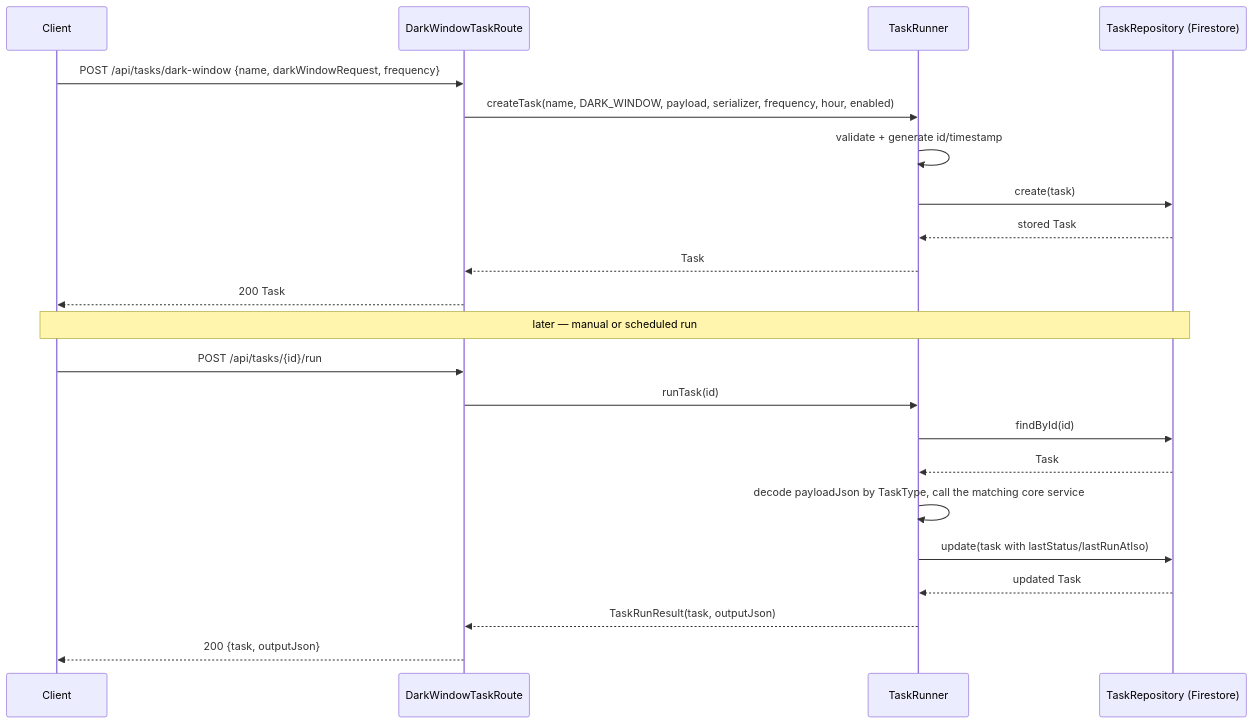
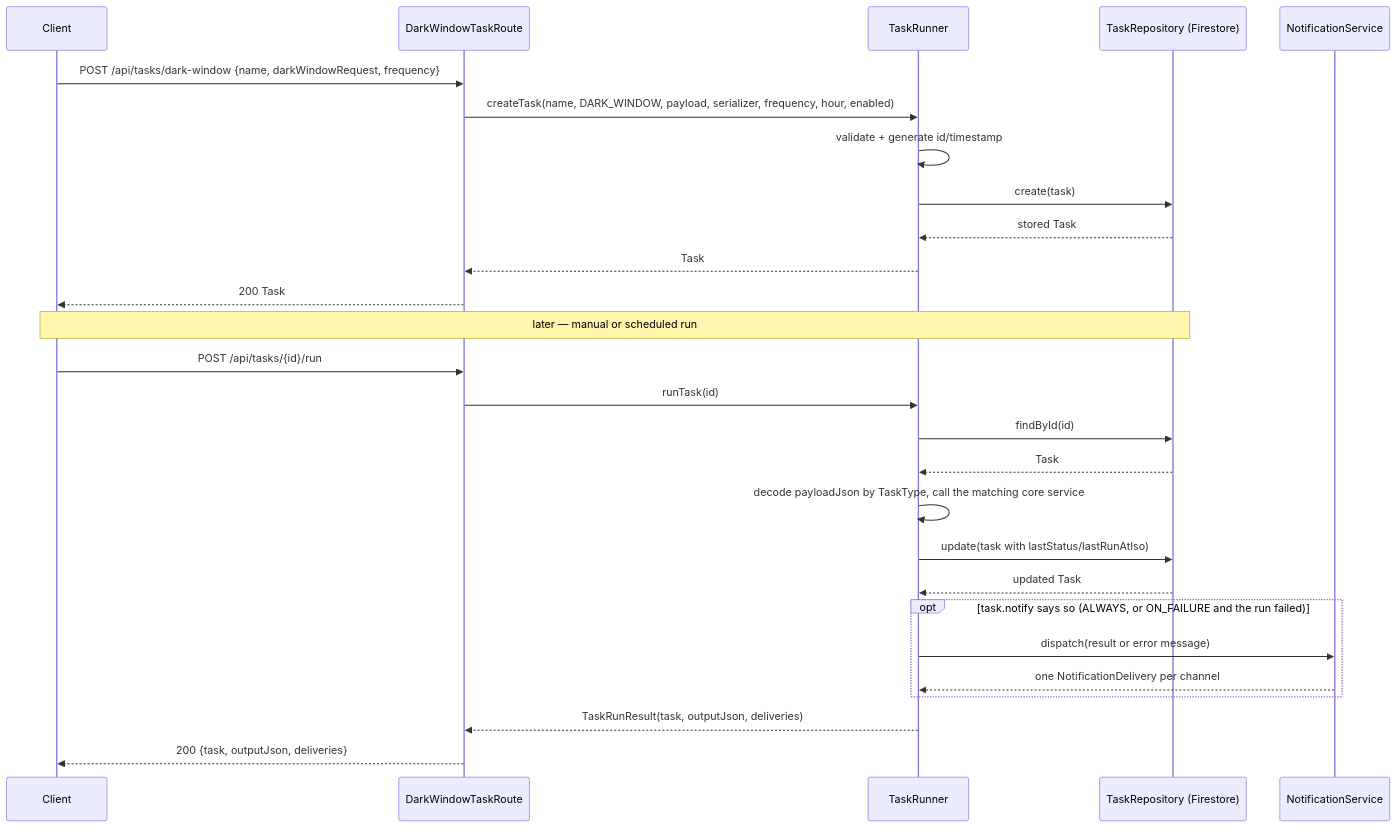
The third of 6 diagrams in docs/ARCHITECTURE.md (iOJ0230/astro-task-runner), drawn with Mermaid before and after one commit. The commit also changed other lines of this file and 27 other files, not shown here.

First line of the commit message:
feat: add notification core with notify policy

````diff
--- a/docs/ARCHITECTURE.md
+++ b/docs/ARCHITECTURE.md
@@ -139,26 +151,31 @@
 ```mermaid
 sequenceDiagram
     participant Client
     participant Route as DarkWindowTaskRoute
     participant Runner as TaskRunner
     participant Repo as TaskRepository (Firestore)
+    participant Notify as NotificationService
 
     Client->>Route: POST /api/tasks/dark-window {name, darkWindowRequest, frequency}
     Route->>Runner: createTask(name, DARK_WINDOW, payload, serializer, frequency, hour, enabled)
     Runner->>Runner: validate + generate id/timestamp
     Runner->>Repo: create(task)
     Repo-->>Runner: stored Task
     Runner-->>Route: Task
     Route-->>Client: 200 Task
 
     Note over Client,Repo: later — manual or scheduled run
     Client->>Route: POST /api/tasks/{id}/run
     Route->>Runner: runTask(id)
     Runner->>Repo: findById(id)
     Repo-->>Runner: Task
     Runner->>Runner: decode payloadJson by TaskType, call the matching core service
     Runner->>Repo: update(task with lastStatus/lastRunAtIso)
     Repo-->>Runner: updated Task
-    Runner-->>Route: TaskRunResult(task, outputJson)
-    Route-->>Client: 200 {task, outputJson}
+    opt task.notify says so (ALWAYS, or ON_FAILURE and the run failed)
+        Runner->>Notify: dispatch(result or error message)
+        Notify-->>Runner: one NotificationDelivery per channel
+    end
+    Runner-->>Route: TaskRunResult(task, outputJson, deliveries)
+    Route-->>Client: 200 {task, outputJson, deliveries}
 ```
````
